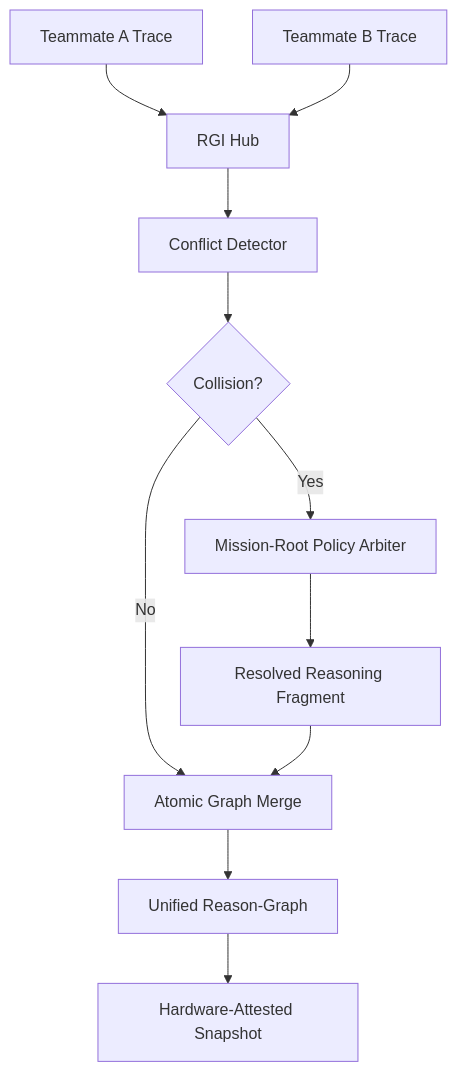
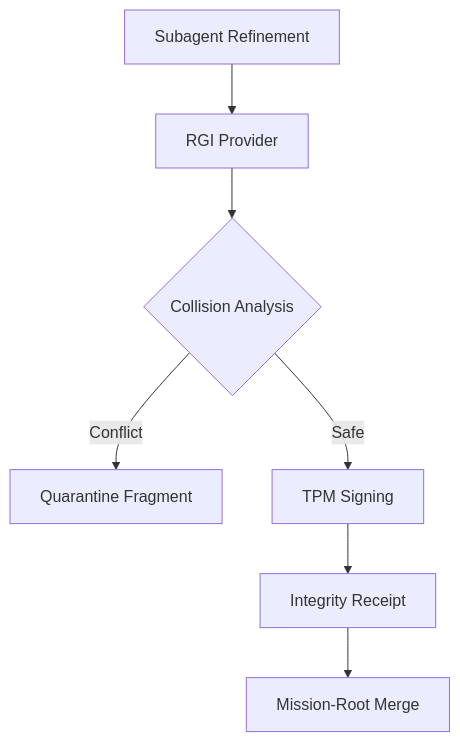
The diagram in docs/features/design-rgi-provider.md (mcpany/core), drawn with Mermaid before and after one commit. The commit also changed other lines of this file and 71 other files, not shown here.

````diff
--- a/docs/features/design-rgi-provider.md
+++ b/docs/features/design-rgi-provider.md
@@ -35,13 +31,9 @@
     ```mermaid
-        graph TD
-        A[Teammate A Trace] --> B[RGI Hub]
-        C[Teammate B Trace] --> B[RGI Hub]
-        B --> D[Conflict Detector]
-        D --> E{Collision?}
-        E -- Yes --> F[Mission-Root Policy Arbiter]
-        E -- No --> G[Atomic Graph Merge]
-        F --> H[Resolved Reasoning Fragment]
-        H --> G
-        G --> I[Unified Reason-Graph]
-        I --> J[Hardware-Attested Snapshot]
+    graph TD
+        A[Subagent Refinement] --> B[RGI Provider]
+        B --> C{Collision Analysis}
+        C -->|Conflict| D[Quarantine Fragment]
+        C -->|Safe| E[TPM Signing]
+        E --> F[Integrity Receipt]
+        F --> G[Mission-Root Merge]
     ```
````
